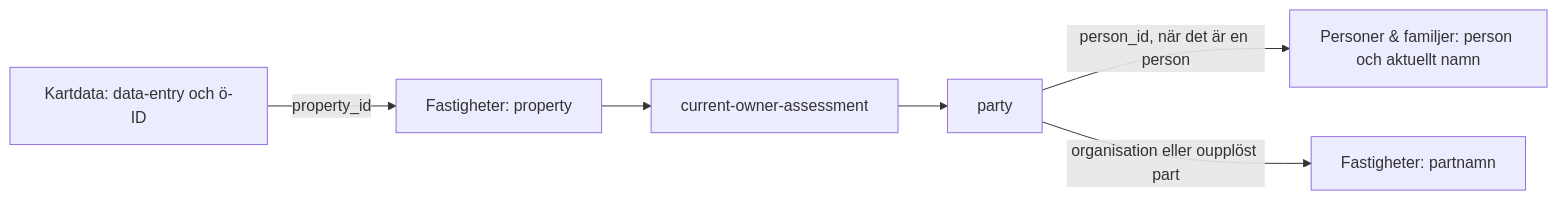
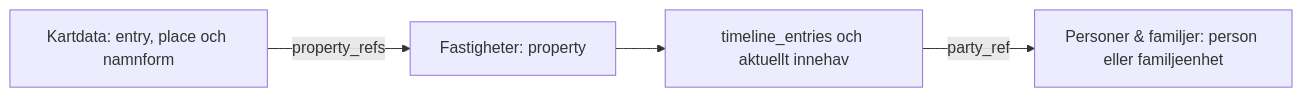
One commit to simonsvahn/korpholmen changed the third of 6 diagrams in ARKITEKTUR.md. Above: the diagram before and after it, drawn with Mermaid. The commit also changed other lines of this file and 97 other files, not shown here.

````diff
--- a/ARKITEKTUR.md
+++ b/ARKITEKTUR.md
@@ -138,8 +132,6 @@
 ```mermaid
 flowchart LR
-    KD["Kartdata: data-entry och ö-ID"] -->|property_id| FA["Fastigheter: property"]
-    FA --> CO["current-owner-assessment"]
-    CO --> PA["party"]
-    PA -->|person_id, när det är en person| PF["Personer & familjer: person och aktuellt namn"]
-    PA -->|organisation eller oupplöst part| PN["Fastigheter: partnamn"]
+    KD["Kartdata: entry, place och namnform"] -->|property_refs| FA["Fastigheter: property"]
+    FA --> TL["timeline_entries och aktuellt innehav"]
+    TL -->|party_ref| PF["Personer & familjer: person eller familjeenhet"]
 ```
````
